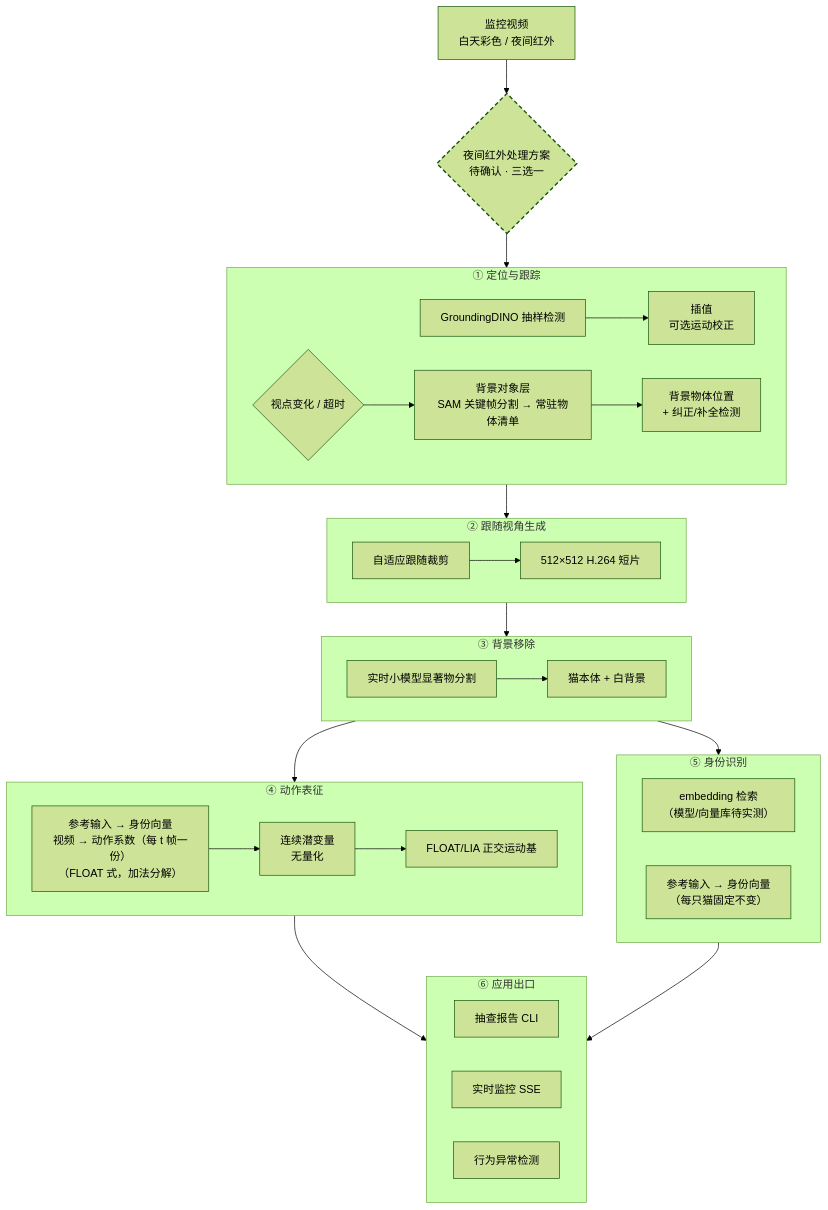
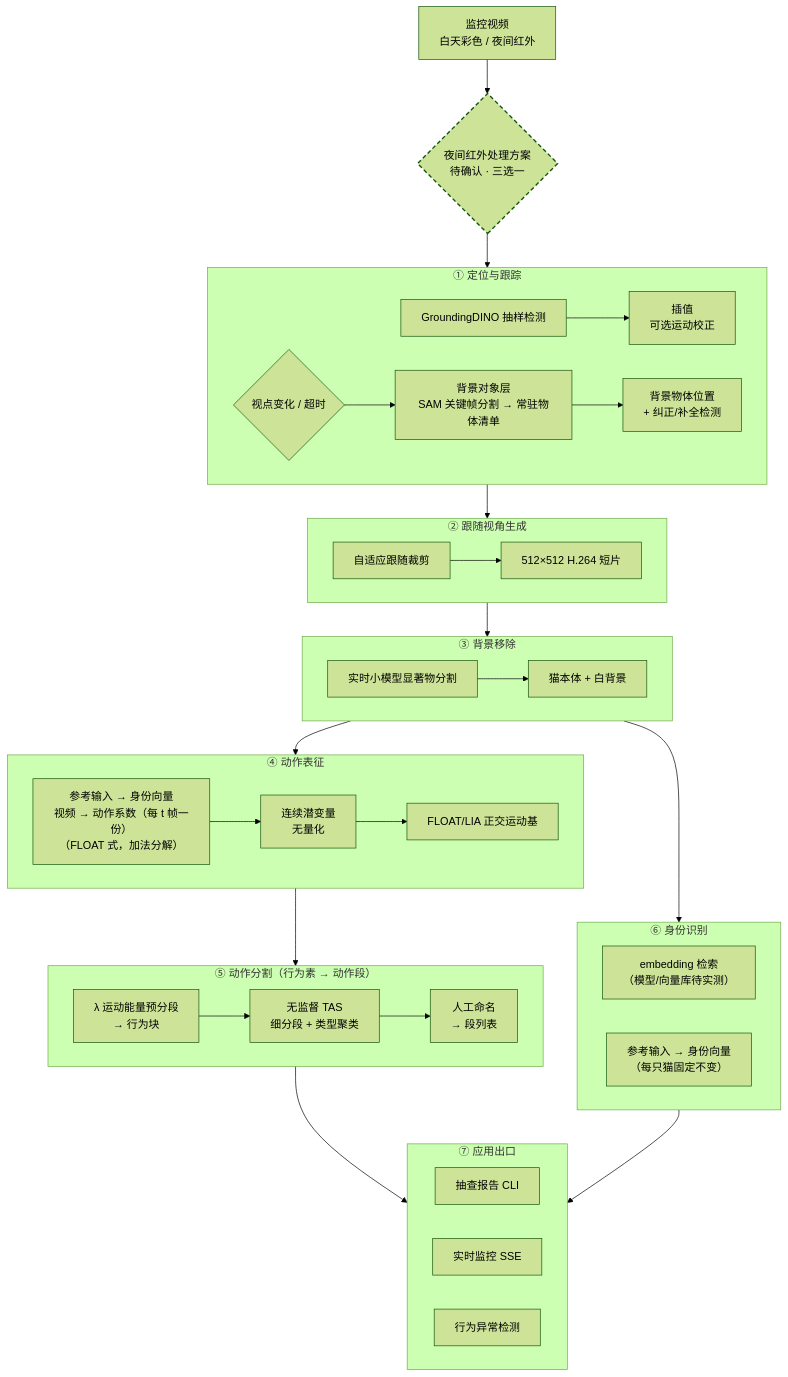
One commit to gongshangzheng/pet-action-recognition changed the second of 7 diagrams in management/docs/architecture.md. Above: the diagram before and after it, drawn with Mermaid (forest theme). The commit also changed other lines of this file and 7 other files, not shown here.

````diff
--- a/management/docs/architecture.md
+++ b/management/docs/architecture.md
@@ -810,47 +815,53 @@
 ```mermaid
 flowchart TD
     V[监控视频<br/>白天彩色 / 夜间红外] --> IRQ{"夜间红外处理方案<br/>待确认 · 三选一"}
     IRQ --> S1
 
     subgraph S1["① 定位与跟踪"]
         A1[GroundingDINO 抽样检测] --> A2[插值<br/>可选运动校正]
         T1{"视点变化 / 超时"} --> A3["背景对象层<br/>SAM 关键帧分割 → 常驻物体清单"]
         A3 --> A4["背景物体位置<br/>+ 纠正/补全检测"]
     end
 
     S1 --> S2
 
     subgraph S2["② 跟随视角生成"]
         B1[自适应跟随裁剪] --> B2[512×512 H.264 短片]
     end
 
     S2 --> S3
 
     subgraph S3["③ 背景移除"]
         C1[实时小模型显著物分割] --> C2[猫本体 + 白背景]
     end
 
     S3 --> S4
-    S3 --> S5
+    S3 --> S6
 
     subgraph S4["④ 动作表征"]
         D1["参考输入 → 身份向量<br/>视频 → 动作系数（每 t 帧一份）<br/>（FLOAT 式，加法分解）"] --> D2[连续潜变量<br/>无量化]
         D2 --> D3[FLOAT/LIA 正交运动基]
     end
 
-    subgraph S5["⑤ 身份识别"]
+    subgraph S5["⑤ 动作分割（行为素 → 动作段）"]
+        G1["λ 运动能量预分段<br/>→ 行为块"] --> G2["无监督 TAS<br/>细分段 + 类型聚类"]
+        G2 --> G3["人工命名<br/>→ 段列表"]
+    end
+
+    subgraph S6["⑥ 身份识别"]
         E1["embedding 检索<br/>（模型/向量库待实测）"]
         E2["参考输入 → 身份向量<br/>（每只猫固定不变）"]
     end
 
-    S4 --> S6
-    S5 --> S6
+    S4 --> S5
+    S5 --> S7
+    S6 --> S7
 
-    subgraph S6["⑥ 应用出口"]
+    subgraph S7["⑦ 应用出口"]
         F1[抽查报告 CLI]
         F2[实时监控 SSE]
         F3[行为异常检测]
     end
 
     style IRQ stroke-dasharray: 6 4,stroke-width:2px
 ```
````
